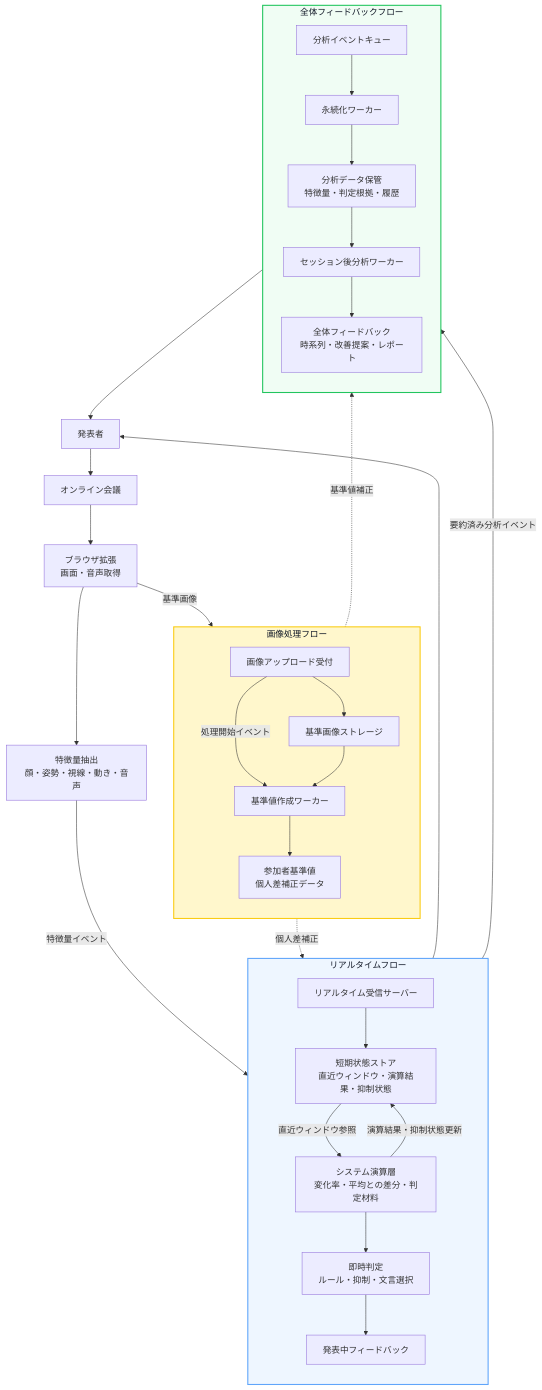
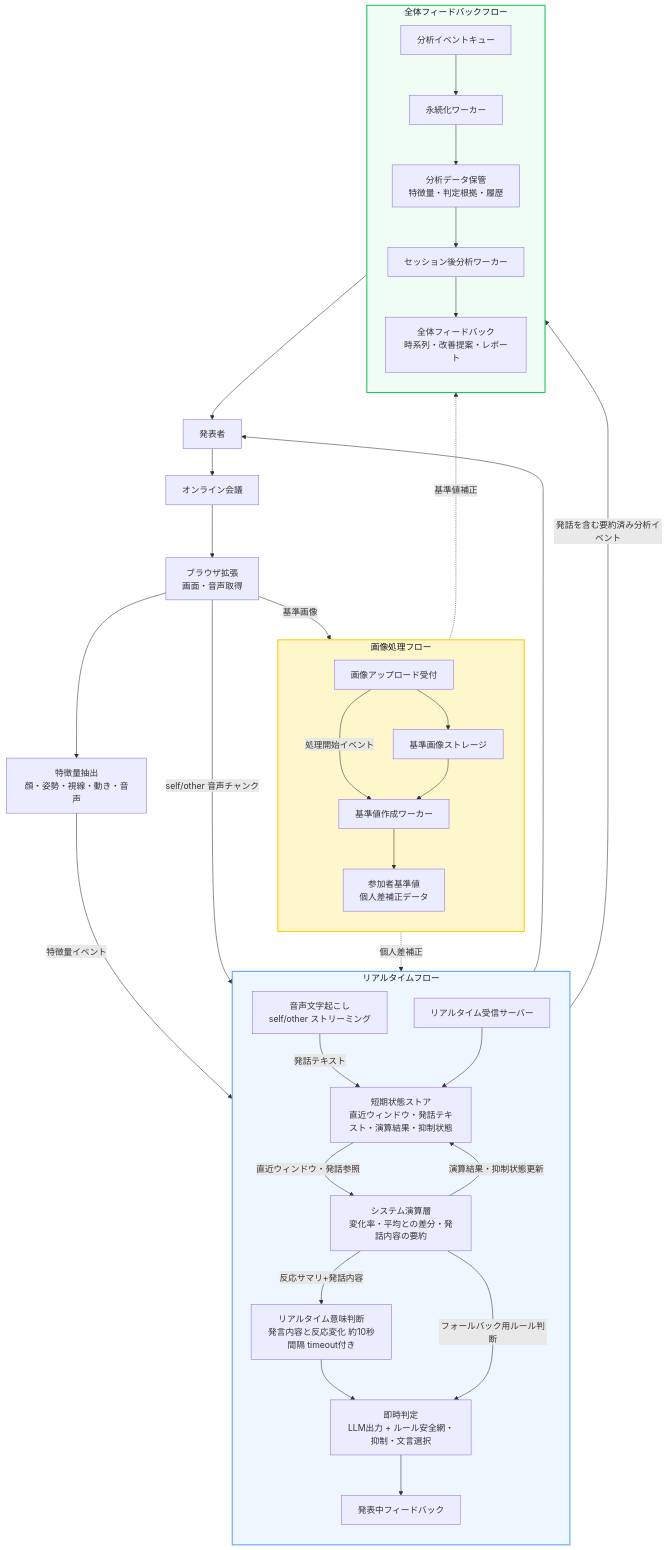
The second of 2 diagrams in architecture.md (k-kanke/reaction-engine), drawn with Mermaid before and after one commit. The commit also changed other lines of this file and 1 other file, not shown here.

````diff
--- a/architecture.md
+++ b/architecture.md
@@ -125,64 +130,70 @@
 ```mermaid
 flowchart TB
   user["発表者"]
   meeting["オンライン会議"]
   extension["ブラウザ拡張<br/>画面・音声取得"]
   feature["特徴量抽出<br/>顔・姿勢・視線・動き・音声"]
 
   subgraph realtimeFlow["リアルタイムフロー"]
     direction TB
     realtimeServer["リアルタイム受信サーバー"]
-    temporaryState["短期状態ストア<br/>直近ウィンドウ・演算結果・抑制状態"]
-    compute["システム演算層<br/>変化率・平均との差分・判定材料"]
-    realtimeDecision["即時判定<br/>ルール・抑制・文言選択"]
+    speechToText["音声文字起こし<br/>self/other ストリーミング"]
+    temporaryState["短期状態ストア<br/>直近ウィンドウ・発話テキスト・演算結果・抑制状態"]
+    compute["システム演算層<br/>変化率・平均との差分・発話内容の要約"]
+    realtimeReasoning["リアルタイム意味判断<br/>発言内容と反応変化 約10秒間隔 timeout付き"]
+    realtimeDecision["即時判定<br/>LLM出力 + ルール安全網・抑制・文言選択"]
     presenterFeedback["発表中フィードバック"]
   end
 
   subgraph imageFlow["画像処理フロー"]
     direction TB
     imageUpload["画像アップロード受付"]
     imageStore["基準画像ストレージ"]
     baselineWorker["基準値作成ワーカー"]
     baselineData["参加者基準値<br/>個人差補正データ"]
   end
 
   subgraph overallFlow["全体フィードバックフロー"]
     direction TB
     eventQueue["分析イベントキュー"]
     durableWriter["永続化ワーカー"]
     durableStore["分析データ保管<br/>特徴量・判定根拠・履歴"]
     reportWorker["セッション後分析ワーカー"]
     report["全体フィードバック<br/>時系列・改善提案・レポート"]
   end
 
   user --> meeting
   meeting --> extension
   extension --> feature
 
   feature -->|特徴量イベント| realtimeServer
+  extension -->|self/other 音声チャンク| speechToText
+  speechToText -->|発話テキスト| temporaryState
   realtimeServer --> temporaryState
-  temporaryState -->|直近ウィンドウ参照| compute
+  temporaryState -->|直近ウィンドウ・発話参照| compute
   compute -->|演算結果・抑制状態更新| temporaryState
-  compute --> realtimeDecision
+  compute -->|反応サマリ+発話内容| realtimeReasoning
+  realtimeReasoning --> realtimeDecision
+  compute -->|フォールバック用ルール判断| realtimeDecision
   realtimeDecision --> presenterFeedback
   presenterFeedback --> user
 
-  compute -->|要約済み分析イベント| eventQueue
+  compute -->|発話を含む要約済み分析イベント| eventQueue
   eventQueue --> durableWriter
   durableWriter --> durableStore
   durableStore --> reportWorker
   reportWorker --> report
   report --> user
 
   extension -->|基準画像| imageUpload
   imageUpload --> imageStore
   imageUpload -->|処理開始イベント| baselineWorker
   imageStore --> baselineWorker
   baselineWorker --> baselineData
   baselineData -.->|個人差補正| compute
   baselineData -.->|基準値補正| reportWorker
 
   style imageFlow fill:#fff7cc,stroke:#facc15,stroke-width:2px,color:#111827
   style realtimeFlow fill:#eef6ff,stroke:#60a5fa,stroke-width:2px,color:#111827
   style overallFlow fill:#f0fdf4,stroke:#22c55e,stroke-width:2px,color:#111827
 ```
````
